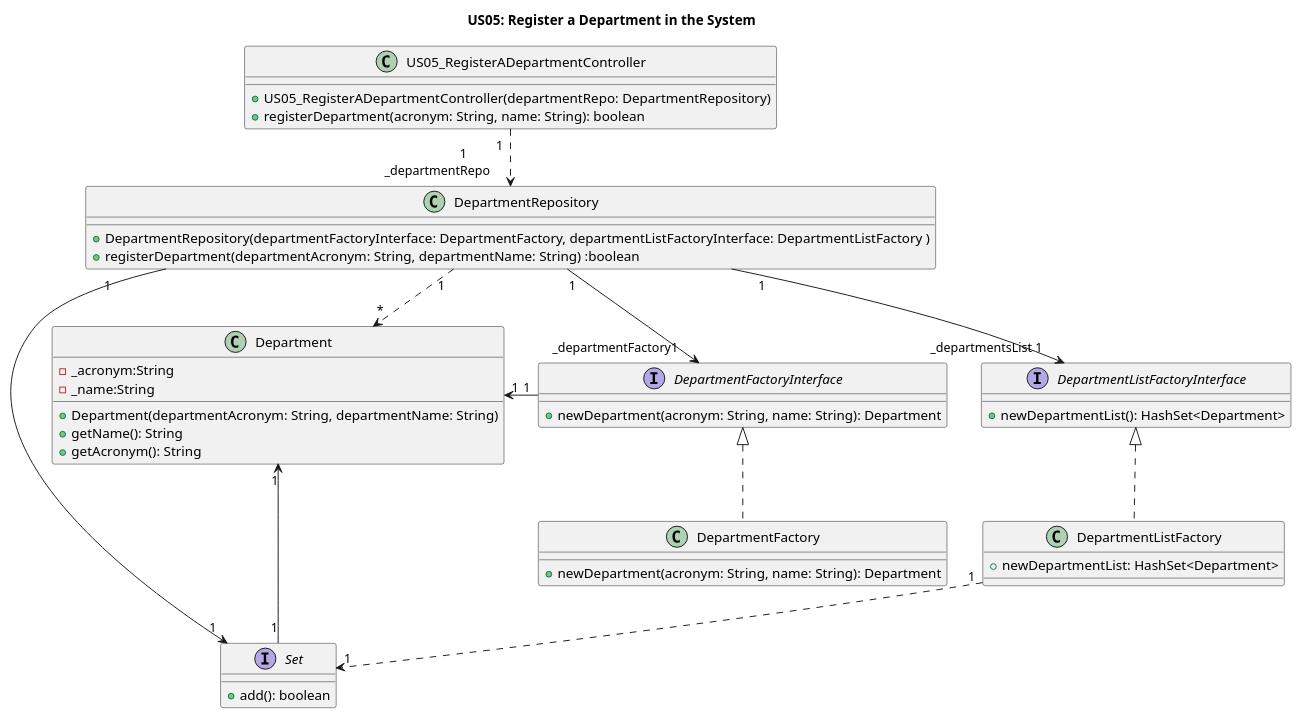
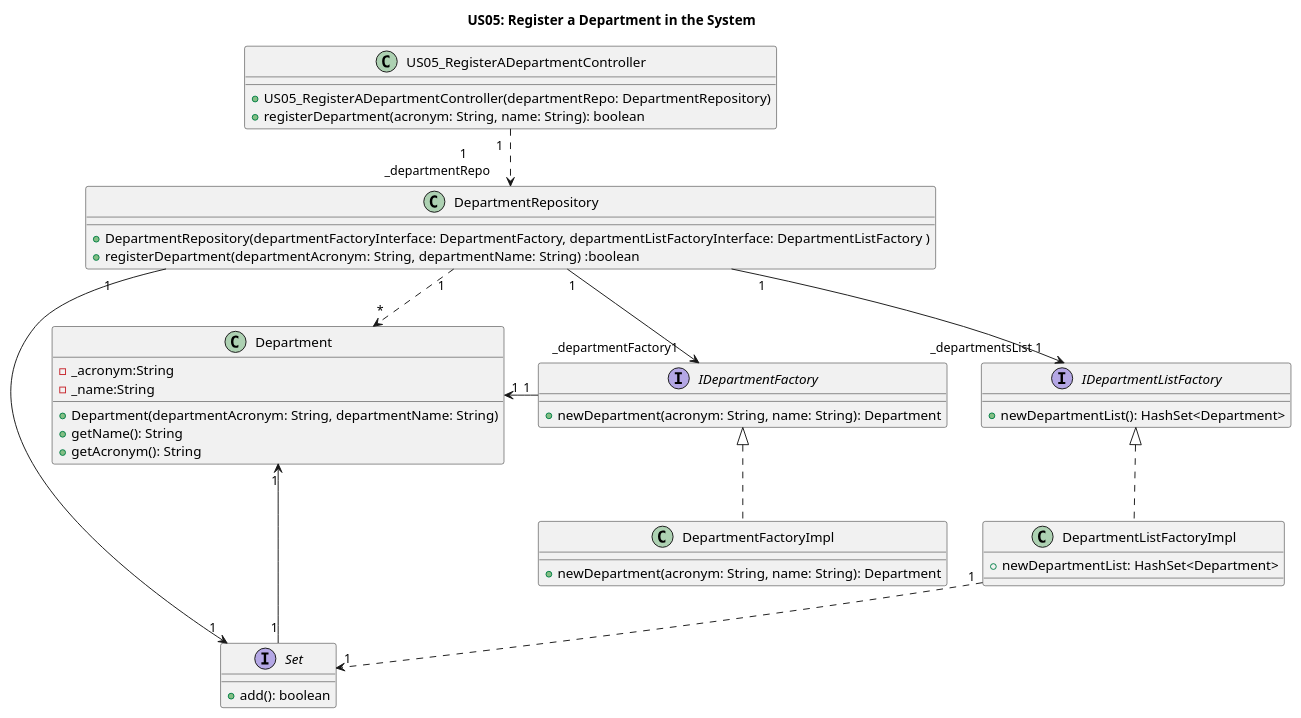
One commit to GasparISEP/DevOps-PAI changed the diagram in docs/US05/US05_DepartmentRegistryClassDiagram.puml. Above: the diagram before and after it, drawn with PlantUML. The commit also changed 9 other files, not shown here.

```diff
--- a/docs/US05/US05_DepartmentRegistryClassDiagram.puml
+++ b/docs/US05/US05_DepartmentRegistryClassDiagram.puml
@@ -1,53 +1,53 @@
 @startuml
 title US05: Register a Department in the System
 'left to right direction'
 
 class US05_RegisterADepartmentController {
     +US05_RegisterADepartmentController(departmentRepo: DepartmentRepository)
     +registerDepartment(acronym: String, name: String): boolean
 }
 
 class Department {
     -_acronym:String
     -_name:String
     +Department(departmentAcronym: String, departmentName: String)
     +getName(): String
     +getAcronym(): String
 }
 
 class DepartmentRepository {
     +DepartmentRepository(departmentFactoryInterface: DepartmentFactory, departmentListFactoryInterface: DepartmentListFactory )
     +registerDepartment(departmentAcronym: String, departmentName: String) :boolean
 }
 
-class DepartmentFactory {
+class DepartmentFactoryImpl {
     +newDepartment(acronym: String, name: String): Department
 }
 
-interface DepartmentFactoryInterface {
+interface IDepartmentFactory {
     +newDepartment(acronym: String, name: String): Department
 }
 
-class DepartmentListFactory {
+class DepartmentListFactoryImpl {
     +newDepartmentList: HashSet<Department>
 }
 
-interface DepartmentListFactoryInterface {
+interface IDepartmentListFactory {
     + newDepartmentList(): HashSet<Department>
 }
 
 interface Set {
     +add(): boolean
 }
 
 DepartmentRepository "1" ..> "*" Department
 DepartmentRepository "1" -> "1" Set
 Department "1" <- "1" Set
-DepartmentRepository "1" --> "_departmentsList 1" DepartmentListFactoryInterface
-DepartmentListFactoryInterface  <|..  DepartmentListFactory
-DepartmentFactoryInterface  <|..  DepartmentFactory
-DepartmentListFactory "1" ..> "1" Set
+DepartmentRepository "1" --> "_departmentsList 1" IDepartmentListFactory
+IDepartmentListFactory  <|..  DepartmentListFactoryImpl
+IDepartmentFactory  <|..  DepartmentFactoryImpl
+DepartmentListFactoryImpl "1" ..> "1" Set
 US05_RegisterADepartmentController "1  " ..> "            1\n_departmentRepo    " DepartmentRepository
-Department "1" <- "1" DepartmentFactoryInterface
-DepartmentFactoryInterface "_departmentFactory1" <-- "1"  DepartmentRepository
+Department "1" <- "1" IDepartmentFactory
+IDepartmentFactory "_departmentFactory1" <-- "1"  DepartmentRepository
 @enduml
```
